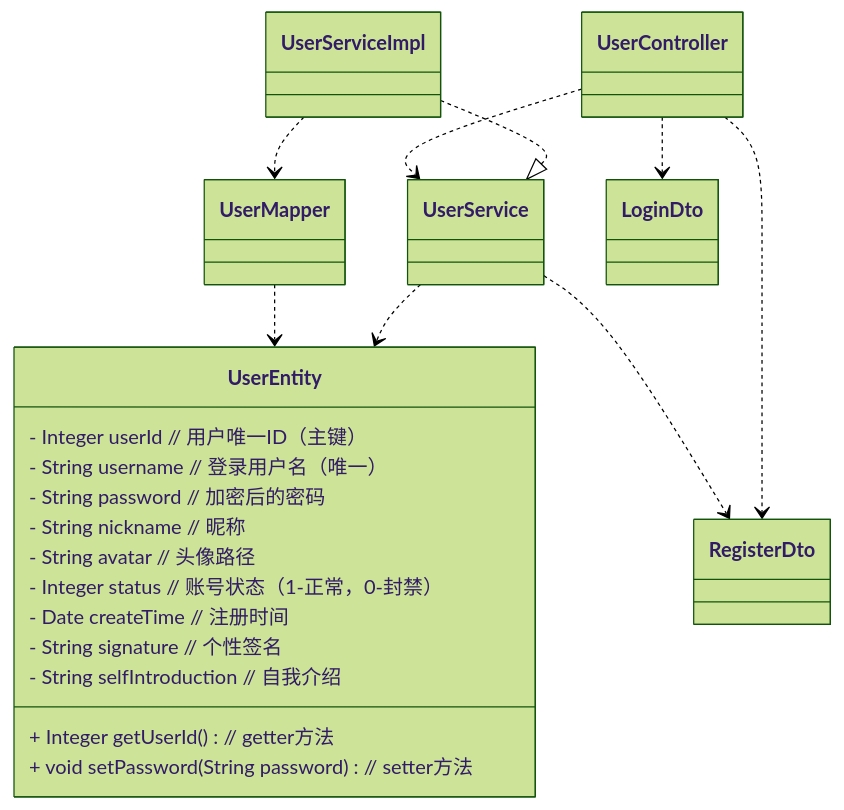
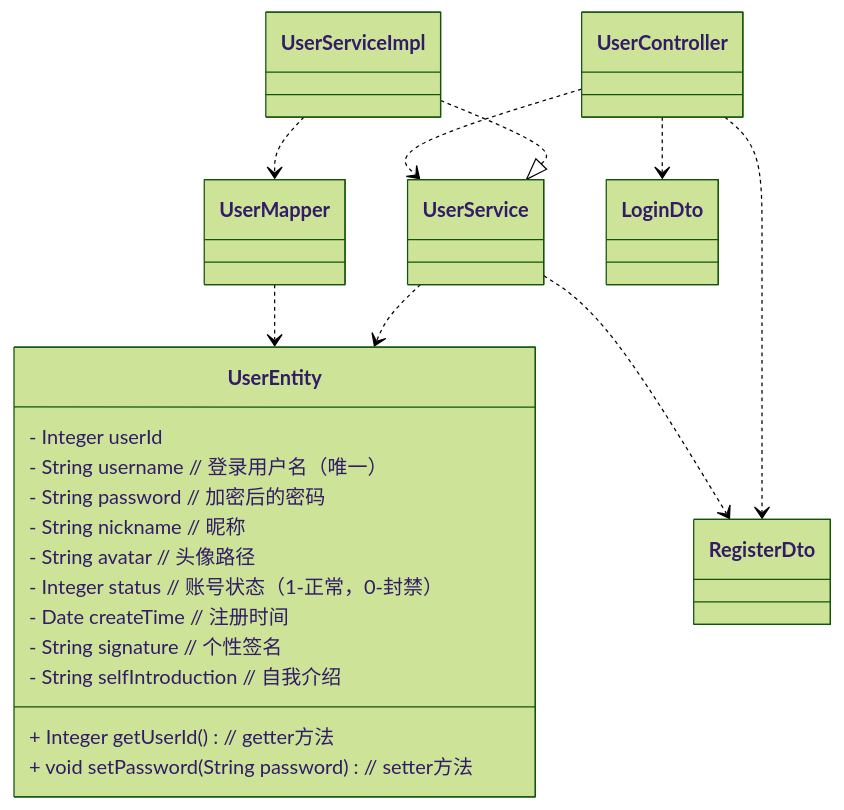
One commit to DEbalanceUX/iodraw-files changed the diagram in all/未命名-1.md. Above: the diagram before and after it, drawn with Mermaid (forest theme).

Commit message:
2025-12-10 22:50:47 update

````diff
--- a/all/未命名-1.md
+++ b/all/未命名-1.md
@@ -1,32 +1,32 @@
 ```mermaid
 classDiagram
     %% 实现关系：ServiceImpl 实现 Service 接口
     UserServiceImpl ..|> UserService
     %% 依赖关系：Controller 依赖 Service / ServiceImpl 依赖 Mapper
     UserController ..> UserService
     UserServiceImpl ..> UserMapper
     %% 关联关系：核心数据载体关联
     UserService ..> UserEntity
     UserMapper ..> UserEntity
     UserController ..> LoginDto
     UserController ..> RegisterDto
     UserService ..> RegisterDto
 
     %% 用户实体类（存储用户核心数据）
     class UserEntity {
-        - Integer userId       // 用户唯一ID（主键）
+        - Integer userId       
         - String username      // 登录用户名（唯一）
         - String password      // 加密后的密码
         - String nickname      // 昵称
         - String avatar        // 头像路径
         - Integer status       // 账号状态（1-正常，0-封禁）
         - Date createTime      // 注册时间
         - String signature     // 个性签名
         - String selfIntroduction // 自我介绍
         + Integer getUserId()  // getter方法
         + void setPassword(String password) // setter方法
     }
 
 
     
 ```
````
